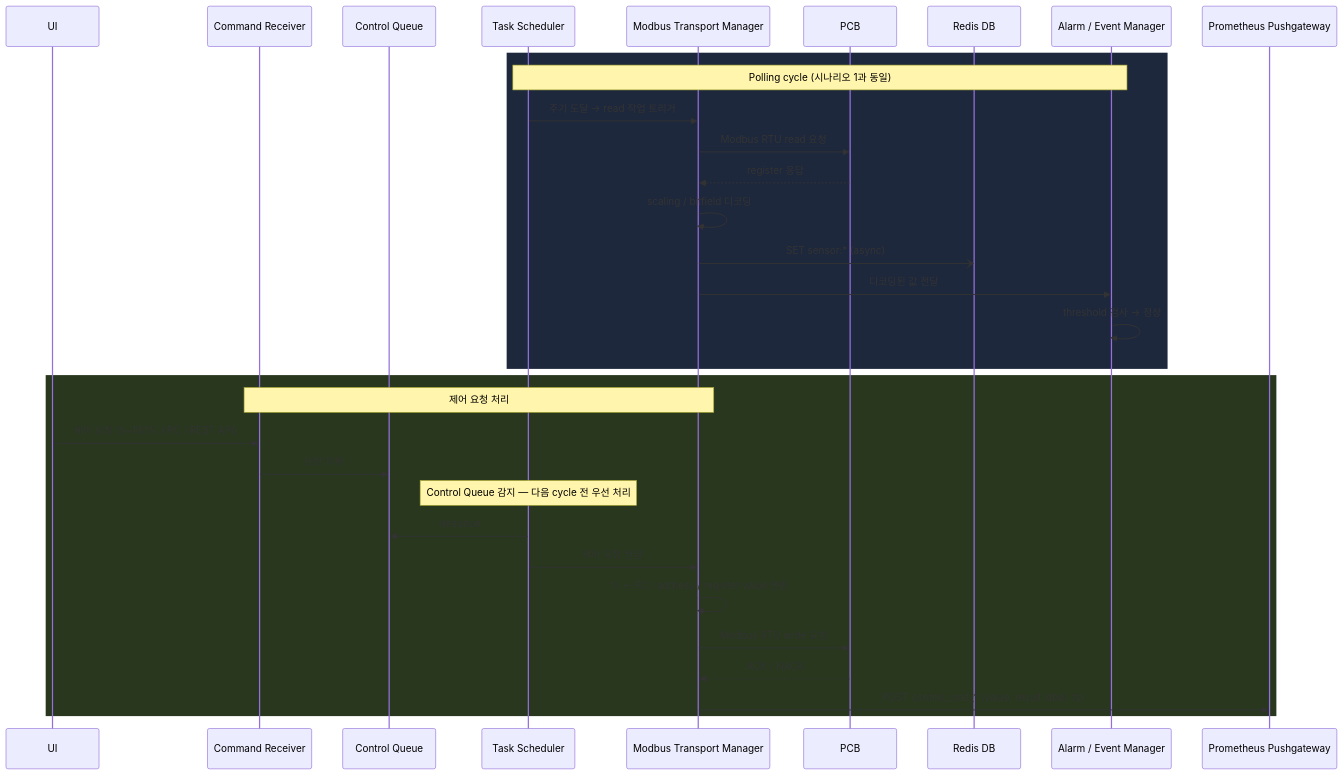
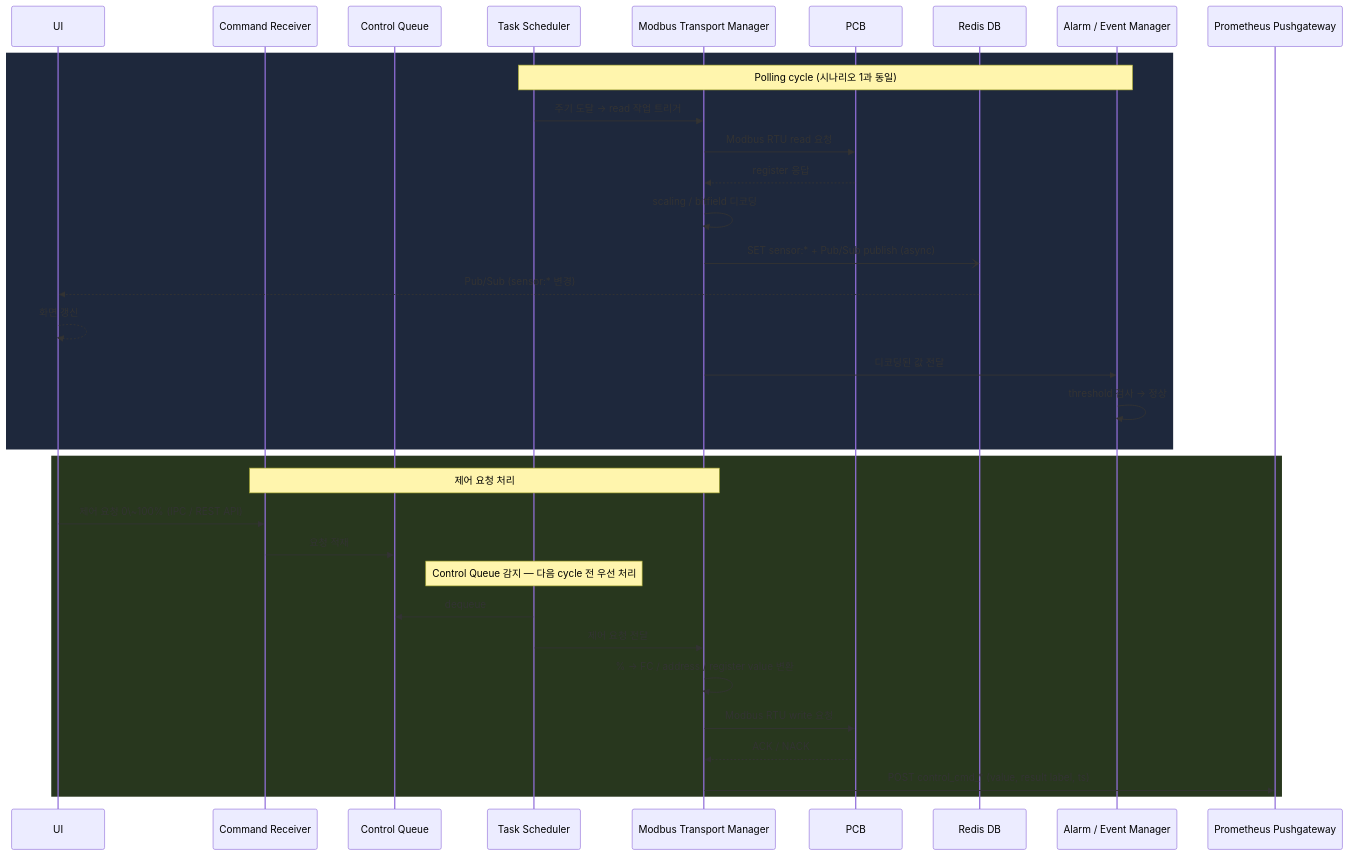
One commit to DEEPGadget/L2A_CDU_system changed the second of 4 diagrams in docs/PCG.md. Above: the diagram before and after it, drawn with Mermaid. The commit also changed other lines of this file and 2 other files, not shown here.

Commit message:
ui redis 값 polling => redis pub/sub 추가

````diff
--- a/docs/PCG.md
+++ b/docs/PCG.md
@@ -199,36 +202,38 @@
 ```mermaid
 sequenceDiagram
     participant UI as UI
     participant CR as Command Receiver
     participant CQ as Control Queue
     participant TS as Task Scheduler
     participant MTM as Modbus Transport Manager
     participant PCB as PCB
     participant Redis as Redis DB
     participant AEM as Alarm / Event Manager
     participant PGW as Prometheus Pushgateway
 
     rect rgb(30, 40, 60)
         Note over TS,AEM: Polling cycle (시나리오 1과 동일)
         TS->>MTM: 주기 도달 → read 작업 트리거
         MTM->>PCB: Modbus RTU read 요청
         PCB-->>MTM: register 응답
         MTM->>MTM: scaling / bitfield 디코딩
-        MTM-)Redis: SET sensor:* (async)
+        MTM-)Redis: SET sensor:* + Pub/Sub publish (async)
+        Redis-->>UI: Pub/Sub (sensor:* 변경)
+        UI-->>UI: 화면 갱신
         MTM->>AEM: 디코딩된 값 전달
         AEM->>AEM: threshold 검사 → 정상
     end
 
     rect rgb(40, 55, 30)
         Note over CR,MTM: 제어 요청 처리
         UI->>CR: 제어 요청 0\~100% (IPC / REST API)
         CR->>CQ: 요청 적재
         Note over TS: Control Queue 감지 — 다음 cycle 전 우선 처리
         TS->>CQ: dequeue
         TS->>MTM: 제어 요청 전달
         MTM->>MTM: % → FC / address / register value 변환
         MTM->>PCB: Modbus RTU write 요청
         PCB-->>MTM: ACK / NACK
         MTM->>PGW: POST control_cmd_* (value, result label, ts)
     end
 ```
````
